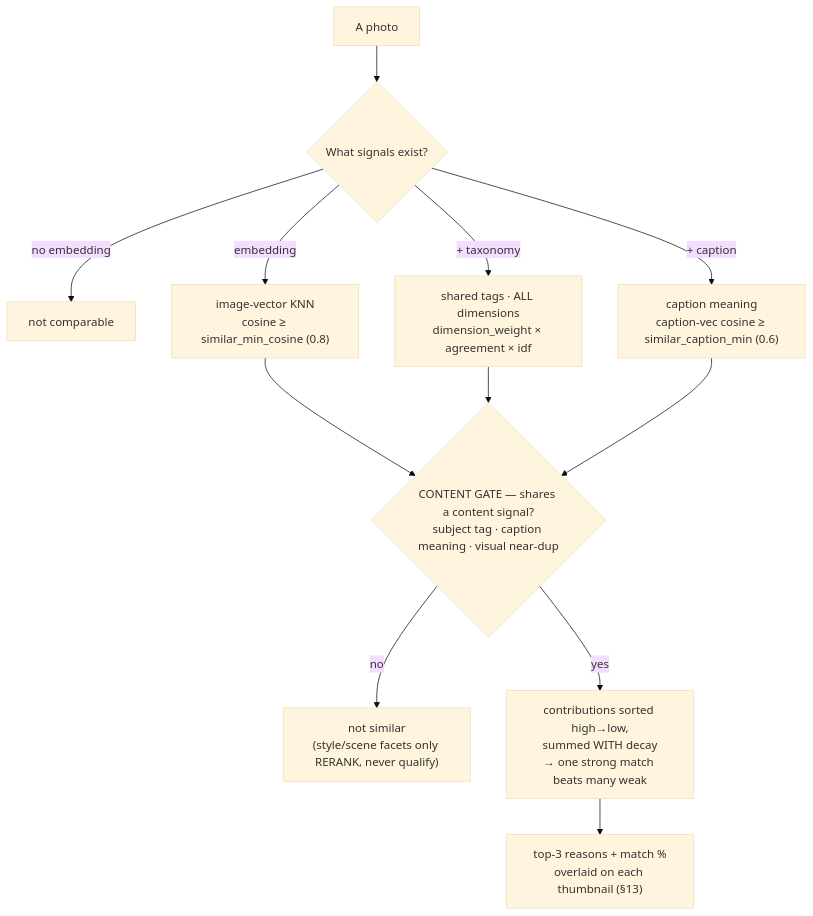
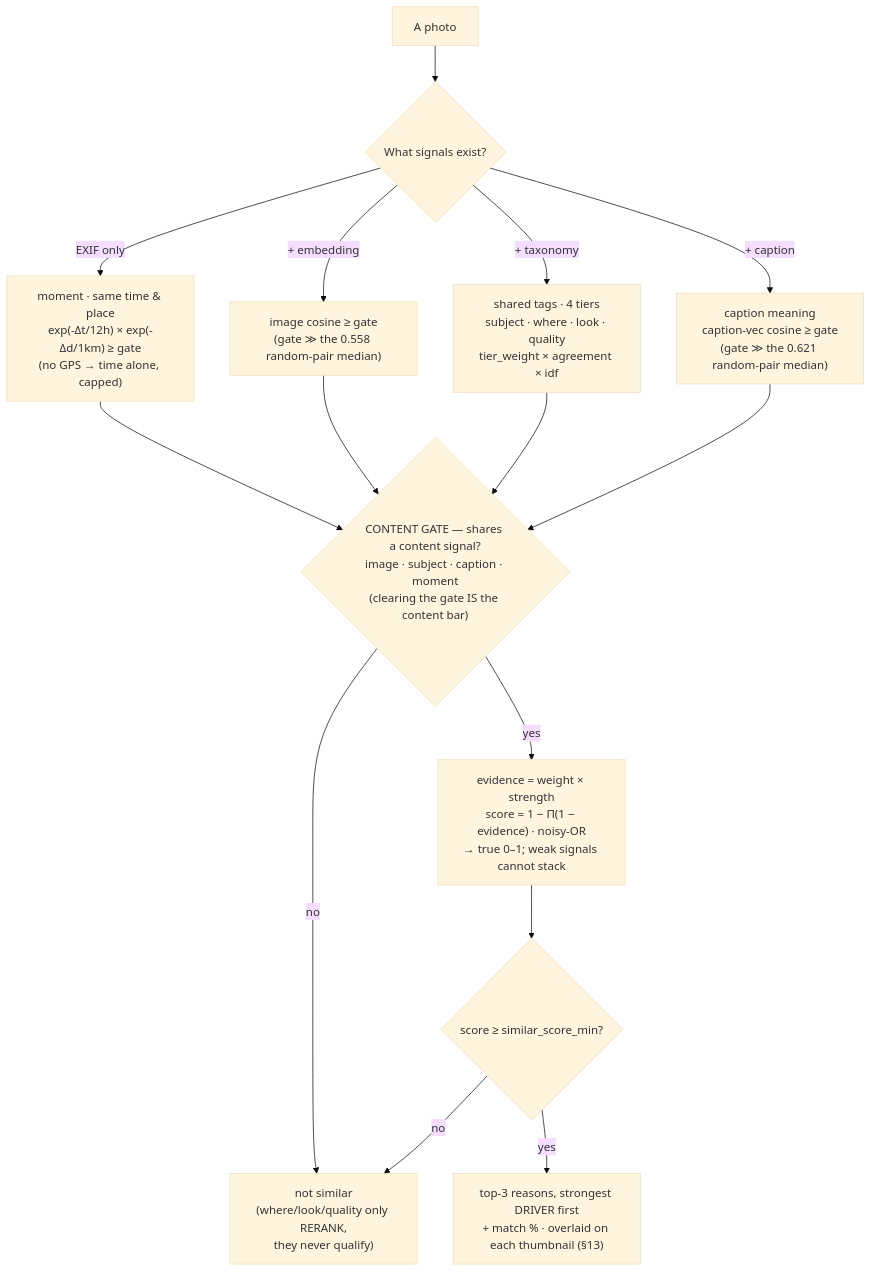
Before and after one commit to sadensmol/ivms777: the third of 6 diagrams in docs/design.md, drawn with Mermaid (base theme). The commit also changed other lines of this file and 48 other files, not shown here.

````diff
--- a/docs/design.md
+++ b/docs/design.md
@@ -804,15 +866,18 @@
 ```mermaid
 flowchart TB
     p["A photo"] --> sig{"What signals exist?"}
-    sig -->|"no embedding"| none["not comparable"]
-    sig -->|"embedding"| v["image-vector KNN<br/>cosine ≥ similar_min_cosine (0.8)"]
-    sig -->|"+ taxonomy"| t["shared tags · ALL dimensions<br/>dimension_weight × agreement × idf"]
-    sig -->|"+ caption"| c["caption meaning<br/>caption-vec cosine ≥ similar_caption_min (0.6)"]
+    sig -->|"EXIF only"| m["moment · same time &amp; place<br/>exp(-Δt/12h) × exp(-Δd/1km) ≥ gate<br/>(no GPS → time alone, capped)"]
+    sig -->|"+ embedding"| v["image cosine ≥ gate<br/>(gate ≫ the 0.558 random-pair median)"]
+    sig -->|"+ taxonomy"| t["shared tags · 4 tiers<br/>subject · where · look · quality<br/>tier_weight × agreement × idf"]
+    sig -->|"+ caption"| c["caption meaning<br/>caption-vec cosine ≥ gate<br/>(gate ≫ the 0.621 random-pair median)"]
 
-    v --> gate{"CONTENT GATE — shares a content signal?<br/>subject tag · caption meaning · visual near-dup"}
+    m --> gate{"CONTENT GATE — shares a content signal?<br/>image · subject · caption · moment<br/>(clearing the gate IS the content bar)"}
+    v --> gate
     t --> gate
     c --> gate
-    gate -->|no| drop["not similar<br/>(style/scene facets only RERANK, never qualify)"]
-    gate -->|yes| score["contributions sorted high→low,<br/>summed WITH decay<br/>→ one strong match beats many weak"]
-    score --> reasons["top-3 reasons + match %<br/>overlaid on each thumbnail (§13)"]
+    gate -->|no| drop["not similar<br/>(where/look/quality only RERANK,<br/>they never qualify)"]
+    gate -->|yes| score["evidence = weight × strength<br/>score = 1 − Π(1 − evidence) · noisy-OR<br/>→ true 0–1; weak signals cannot stack"]
+    score --> floor{"score ≥ similar_score_min?"}
+    floor -->|no| drop
+    floor -->|yes| reasons["top-3 reasons, strongest DRIVER first<br/>+ match % · overlaid on each thumbnail (§13)"]
 ```
````
